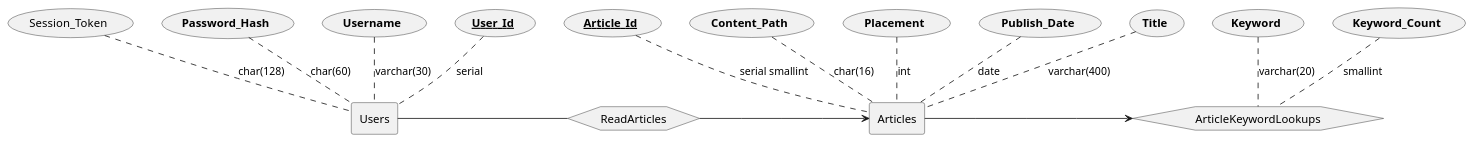
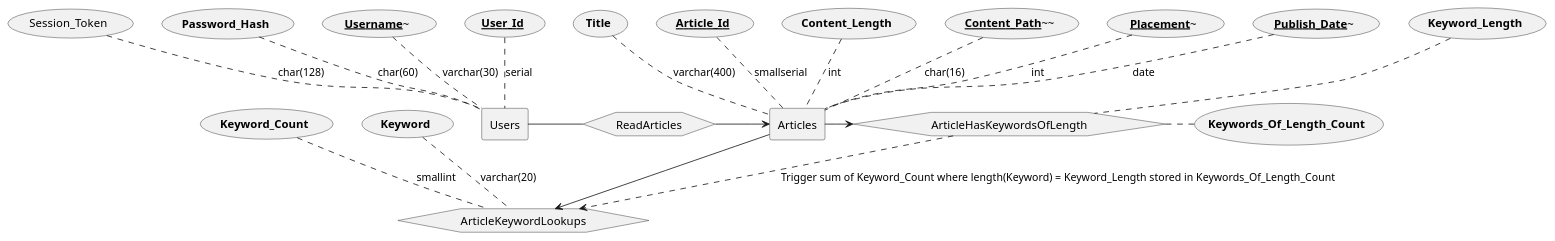
One commit to g-robertson/ISP-Term-Project changed the diagram in src/diagrams/db.puml. Above: the diagram before and after it, drawn with PlantUML. The commit also changed 11 other files, not shown here.

Commit message:
Add tracking of keyword insertion count

```diff
--- a/src/diagrams/db.puml
+++ b/src/diagrams/db.puml
@@ -1,28 +1,35 @@
 @startuml
 
 rectangle Users
 Users-[dashed]u-(~~**User_Id**~~): "serial"
-Users-[dashed]u-(**Username**): varchar(30)
+Users-[dashed]u-(~~**Username**~~~): varchar(30)
 Users-[dashed]u-(**Password_Hash**): char(60)
 Users-[dashed]u-(Session_Token): char(128)
 
 hexagon ReadArticles
 
 rectangle Articles
-Articles-[dashed]u-(~~**Article_Id**~~): "serial smallint"
+Articles-[dashed]u-(~~**Article_Id**~~): "smallserial"
 Articles-[dashed]u-(**Title**): "varchar(400)"
-Articles-[dashed]u-(**Publish_Date**): date
-Articles-[dashed]u-(**Placement**): int
-Articles-[dashed]u-(**Content_Path**): "char(16)"
+Articles-[dashed]u-(~~**Publish_Date**~~~): date
+Articles-[dashed]u-(~~**Placement**~~~): int
+Articles-[dashed]u-(~~**Content_Path**~~~~): "char(16)"
+Articles-[dashed]u-(**Content_Length**): int
 
 hexagon ArticleKeywordLookups
 ArticleKeywordLookups-[dashed]u-(**Keyword**): "varchar(20)"
 ArticleKeywordLookups-[dashed]u-(**Keyword_Count**): "smallint"
 
+hexagon ArticleHasKeywordsOfLength
+ArticleHasKeywordsOfLength-[dashed]u-(**Keyword_Length**)
+ArticleHasKeywordsOfLength-[dashed]r-(**Keywords_Of_Length_Count**)
 
 Users-r-ReadArticles
 ReadArticles-r->Articles
 
-Articles->ArticleKeywordLookups
+Articles-r->ArticleKeywordLookups
+Articles-r->ArticleHasKeywordsOfLength
+
+ArticleHasKeywordsOfLength-[dashed]d->ArticleKeywordLookups: Trigger sum of Keyword_Count where length(Keyword) = Keyword_Length stored in Keywords_Of_Length_Count
 
 @enduml
```
